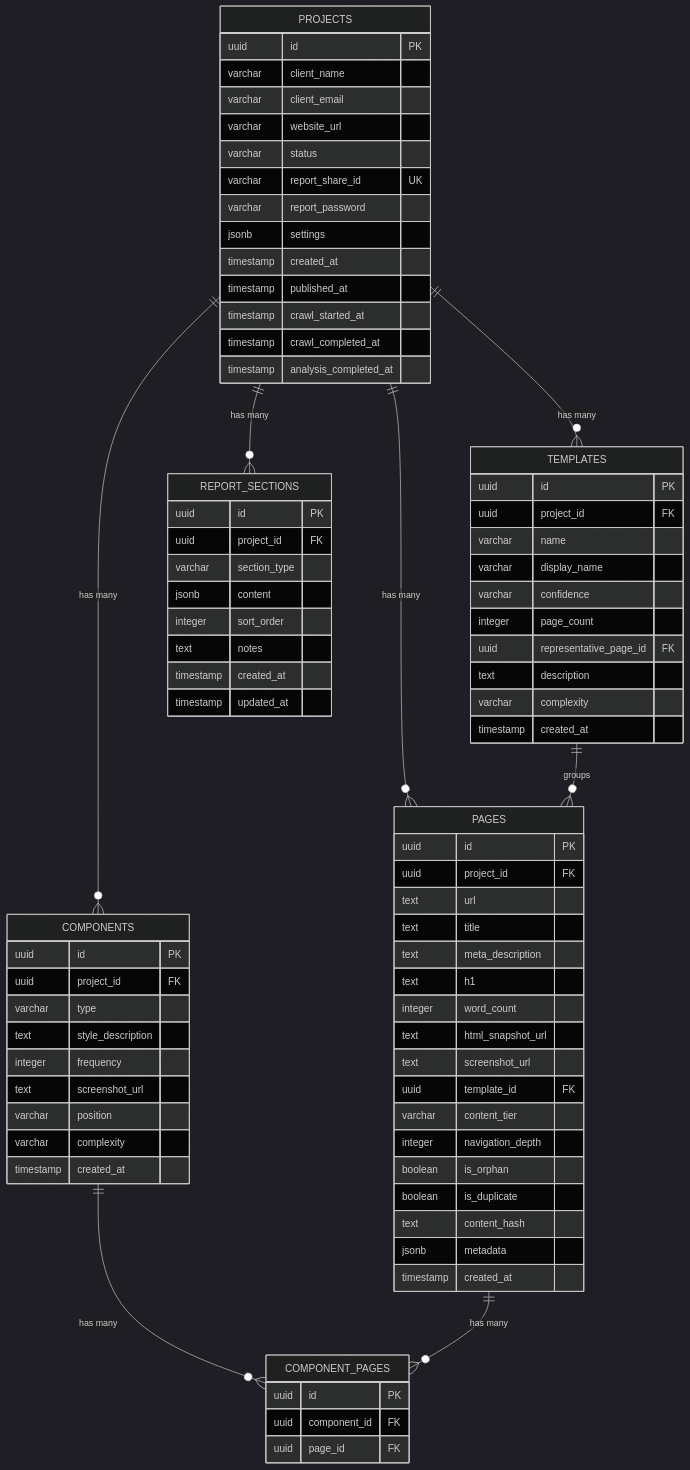
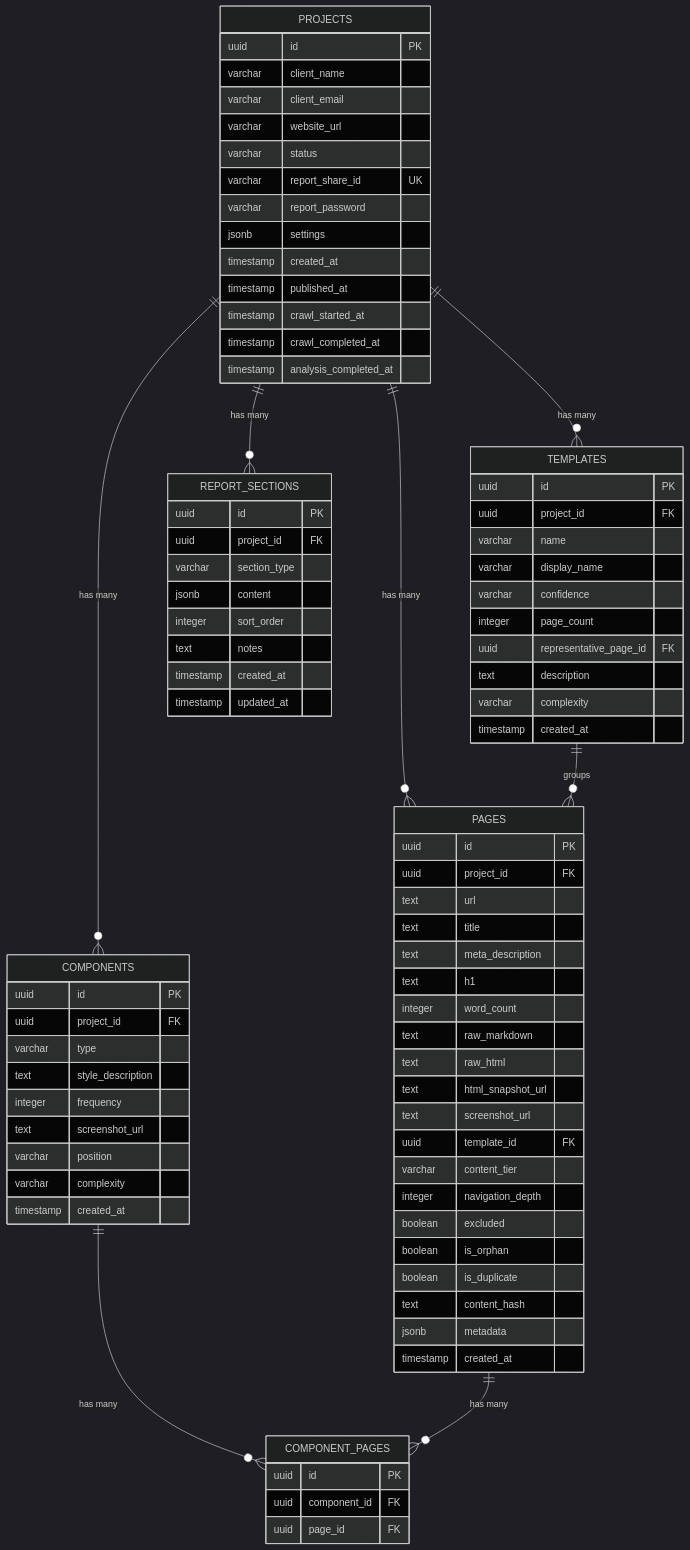
One commit to klojniewski/discovery-engine changed the first of 2 diagrams in docs/plans/2026-03-07-feat-replatform-discovery-engine-plan.md. Above: the diagram before and after it, drawn with Mermaid (dark theme). The commit also changed other lines of this file, not shown here.

```diff
--- a/docs/plans/2026-03-07-feat-replatform-discovery-engine-plan.md
+++ b/docs/plans/2026-03-07-feat-replatform-discovery-engine-plan.md
@@ -87,11 +87,14 @@
         text meta_description
         text h1
         integer word_count
+        text raw_markdown
+        text raw_html
         text html_snapshot_url
         text screenshot_url
         uuid template_id FK
         varchar content_tier
         integer navigation_depth
+        boolean excluded
         boolean is_orphan
         boolean is_duplicate
         text content_hash
```
